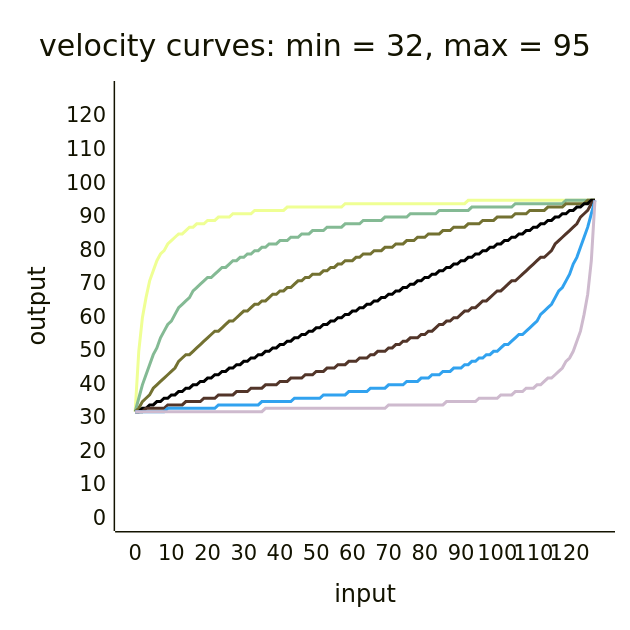
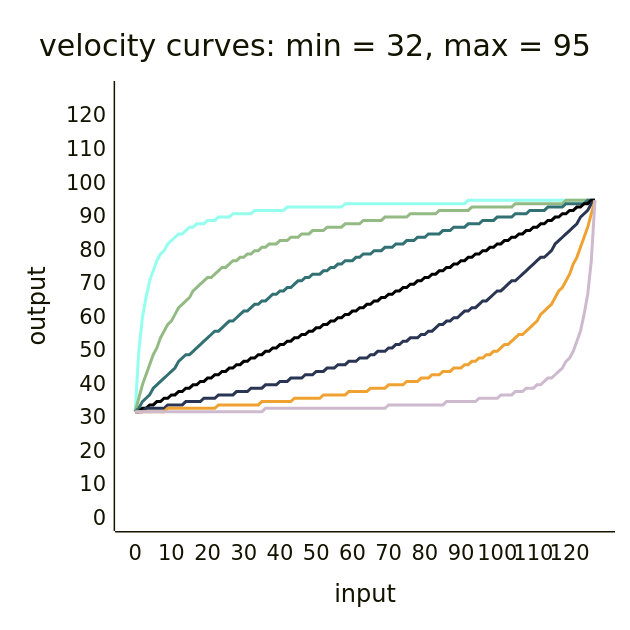
The fourth of 4 diagrams in README.md (HLammers/cybo-drummer), drawn with Mermaid before and after one commit. The commit also changed other lines of this file, not shown here.

````diff
--- a/README.md
+++ b/README.md
@@ -167,29 +168,29 @@
 ```mermaid
 ---
 config:
     xyChart:
         width: 400
         height: 400
         xAxis:
             showTick: false
             axisLineWidth: 1
         yAxis:
             showTick: false
             axisLineWidth: 1
     themeVariables:
         xyChart:
-            plotColorPalette: "#FFFFFF, #EFFF94, #84BA94, #737131, #000000, #523529, #31A2EF, #CEBACE"
+            plotColorPalette: "#ffffff, #94ffef, #94ba84, #317173, #000000, #293552, #efa231, #cebace"
 ---
 xychart-beta
 title "velocity curves: min = 32, max = 95"
 x-axis input 0 --> 127
 y-axis output
 line "reference" [0, 1, 2, 3, 4, 5, 6, 7, 8, 9, 10, 11, 12, 13, 14, 15, 16, 17, 18, 19, 20, 21, 22, 23, 24, 25, 26, 27, 28, 29, 30, 31, 32, 33, 34, 35, 36, 37, 38, 39, 40, 41, 42, 43, 44, 45, 46, 47, 48, 49, 50, 51, 52, 53, 54, 55, 56, 57, 58, 59, 60, 61, 62, 63, 64, 65, 66, 67, 68, 69, 70, 71, 72, 73, 74, 75, 76, 77, 78, 79, 80, 81, 82, 83, 84, 85, 86, 87, 88, 89, 90, 91, 92, 93, 94, 95, 96, 97, 98, 99, 100, 101, 102, 103, 104, 105, 106, 107, 108, 109, 110, 111, 112, 113, 114, 115, 116, 117, 118, 119, 120, 121, 122, 123, 124, 125, 126, 127]
 line "positive 3" [32, 50, 60, 66, 71, 74, 77, 79, 80, 82, 83, 84, 85, 85, 86, 87, 87, 88, 88, 88, 89, 89, 89, 90, 90, 90, 90, 91, 91, 91, 91, 91, 91, 92, 92, 92, 92, 92, 92, 92, 92, 92, 93, 93, 93, 93, 93, 93, 93, 93, 93, 93, 93, 93, 93, 93, 93, 93, 94, 94, 94, 94, 94, 94, 94, 94, 94, 94, 94, 94, 94, 94, 94, 94, 94, 94, 94, 94, 94, 94, 94, 94, 94, 94, 94, 94, 94, 94, 94, 94, 94, 94, 95, 95, 95, 95, 95, 95, 95, 95, 95, 95, 95, 95, 95, 95, 95, 95, 95, 95, 95, 95, 95, 95, 95, 95, 95, 95, 95, 95, 95, 95, 95, 95, 95, 95, 95, 95]
 line "positive 2" [32, 36, 40, 43, 46, 49, 51, 54, 56, 58, 59, 61, 63, 64, 65, 66, 68, 69, 70, 71, 72, 72, 73, 74, 75, 75, 76, 77, 77, 78, 78, 79, 79, 80, 80, 81, 81, 82, 82, 82, 83, 83, 83, 84, 84, 84, 85, 85, 85, 86, 86, 86, 86, 87, 87, 87, 87, 87, 88, 88, 88, 88, 88, 89, 89, 89, 89, 89, 89, 90, 90, 90, 90, 90, 90, 90, 91, 91, 91, 91, 91, 91, 91, 91, 92, 92, 92, 92, 92, 92, 92, 92, 92, 93, 93, 93, 93, 93, 93, 93, 93, 93, 93, 93, 93, 94, 94, 94, 94, 94, 94, 94, 94, 94, 94, 94, 94, 94, 94, 95, 95, 95, 95, 95, 95, 95, 95, 95]
 line "positive 1" [32, 33, 35, 36, 37, 39, 40, 41, 42, 43, 44, 45, 47, 48, 49, 49, 50, 51, 52, 53, 54, 55, 56, 56, 57, 58, 59, 59, 60, 61, 62, 62, 63, 64, 64, 65, 65, 66, 67, 67, 68, 68, 69, 69, 70, 71, 71, 72, 72, 73, 73, 73, 74, 74, 75, 75, 76, 76, 77, 77, 77, 78, 78, 79, 79, 79, 80, 80, 80, 81, 81, 81, 82, 82, 82, 83, 83, 83, 84, 84, 84, 85, 85, 85, 85, 86, 86, 86, 87, 87, 87, 87, 88, 88, 88, 88, 89, 89, 89, 89, 90, 90, 90, 90, 90, 91, 91, 91, 91, 92, 92, 92, 92, 92, 93, 93, 93, 93, 93, 94, 94, 94, 94, 94, 94, 95, 95, 95]
 line "linear" [32, 32, 33, 33, 34, 34, 35, 35, 36, 36, 37, 37, 38, 38, 39, 39, 40, 40, 41, 41, 42, 42, 43, 43, 44, 44, 45, 45, 46, 46, 47, 47, 48, 48, 49, 49, 50, 50, 51, 51, 52, 52, 53, 53, 54, 54, 55, 55, 56, 56, 57, 57, 58, 58, 59, 59, 60, 60, 61, 61, 62, 62, 63, 63, 64, 64, 65, 65, 66, 66, 67, 67, 68, 68, 69, 69, 70, 70, 71, 71, 72, 72, 73, 73, 74, 74, 75, 75, 76, 76, 77, 77, 78, 78, 79, 79, 80, 80, 81, 81, 82, 82, 83, 83, 84, 84, 85, 85, 86, 86, 87, 87, 88, 88, 89, 89, 90, 90, 91, 91, 92, 92, 93, 93, 94, 94, 95, 95]
 line "negative 1" [32, 32, 32, 33, 33, 33, 33, 33, 33, 34, 34, 34, 34, 34, 35, 35, 35, 35, 35, 36, 36, 36, 36, 37, 37, 37, 37, 37, 38, 38, 38, 38, 39, 39, 39, 39, 40, 40, 40, 40, 41, 41, 41, 42, 42, 42, 42, 43, 43, 43, 44, 44, 44, 45, 45, 45, 46, 46, 46, 47, 47, 47, 48, 48, 48, 49, 49, 50, 50, 50, 51, 51, 52, 52, 53, 53, 54, 54, 54, 55, 55, 56, 56, 57, 58, 58, 59, 59, 60, 60, 61, 62, 62, 63, 63, 64, 65, 65, 66, 67, 68, 68, 69, 70, 71, 71, 72, 73, 74, 75, 76, 77, 78, 78, 79, 80, 82, 83, 84, 85, 86, 87, 88, 90, 91, 92, 94, 95]
 line "negative 2" [32, 32, 32, 32, 32, 32, 32, 32, 32, 33, 33, 33, 33, 33, 33, 33, 33, 33, 33, 33, 33, 33, 33, 34, 34, 34, 34, 34, 34, 34, 34, 34, 34, 34, 34, 35, 35, 35, 35, 35, 35, 35, 35, 35, 36, 36, 36, 36, 36, 36, 36, 36, 37, 37, 37, 37, 37, 37, 37, 38, 38, 38, 38, 38, 38, 39, 39, 39, 39, 39, 40, 40, 40, 40, 40, 41, 41, 41, 41, 42, 42, 42, 43, 43, 43, 44, 44, 44, 45, 45, 45, 46, 46, 47, 47, 48, 48, 49, 49, 50, 50, 51, 52, 52, 53, 54, 55, 55, 56, 57, 58, 59, 61, 62, 63, 64, 66, 68, 69, 71, 73, 76, 78, 81, 84, 87, 91, 95]
 line "negative 3" [32, 32, 32, 32, 32, 32, 32, 32, 32, 32, 32, 32, 32, 32, 32, 32, 32, 32, 32, 32, 32, 32, 32, 32, 32, 32, 32, 32, 32, 32, 32, 32, 32, 32, 32, 32, 33, 33, 33, 33, 33, 33, 33, 33, 33, 33, 33, 33, 33, 33, 33, 33, 33, 33, 33, 33, 33, 33, 33, 33, 33, 33, 33, 33, 33, 33, 33, 33, 33, 33, 34, 34, 34, 34, 34, 34, 34, 34, 34, 34, 34, 34, 34, 34, 34, 34, 35, 35, 35, 35, 35, 35, 35, 35, 35, 36, 36, 36, 36, 36, 36, 37, 37, 37, 37, 38, 38, 38, 39, 39, 39, 40, 40, 41, 42, 42, 43, 44, 45, 47, 48, 50, 53, 56, 61, 67, 77, 95]
 ```
````
